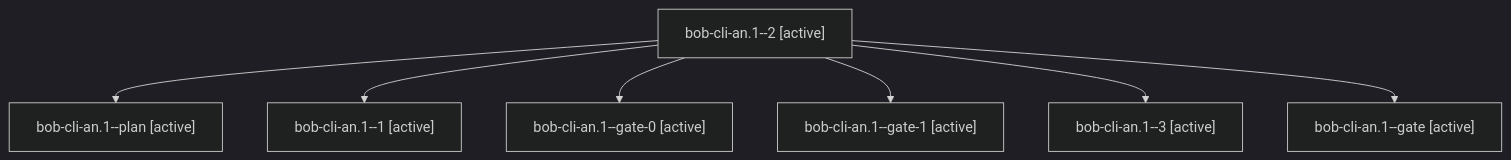
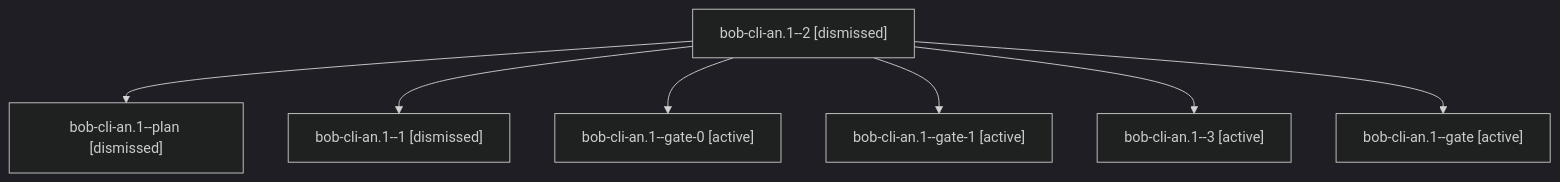
One commit to bobs-org/bob-cli--agents changed the diagram in sessions/bbugyi200.athena.bob-cli-an.1.md. Above: the diagram before and after it, drawn with Mermaid (dark theme). The commit also changed other lines of this file and 553 other files, not shown here.

````diff
--- a/sessions/bbugyi200.athena.bob-cli-an.1.md
+++ b/sessions/bbugyi200.athena.bob-cli-an.1.md
@@ -9,16 +9,16 @@
 ```mermaid
 flowchart TD
-  n0["bob-cli-an.1--2 [active]"]
-  n1["bob-cli-an.1--plan [active]"]
+  n0["bob-cli-an.1--2 [dismissed]"]
+  n1["bob-cli-an.1--plan [dismissed]"]
   n0 --> n1
-  n2["bob-cli-an.1--1 [active]"]
+  n2["bob-cli-an.1--1 [dismissed]"]
   n0 --> n2
   n3["bob-cli-an.1--gate-0 [active]"]
   n0 --> n3
   n4["bob-cli-an.1--gate-1 [active]"]
   n0 --> n4
   n5["bob-cli-an.1--3 [active]"]
   n0 --> n5
   n6["bob-cli-an.1--gate [active]"]
   n0 --> n6
 ```
````
